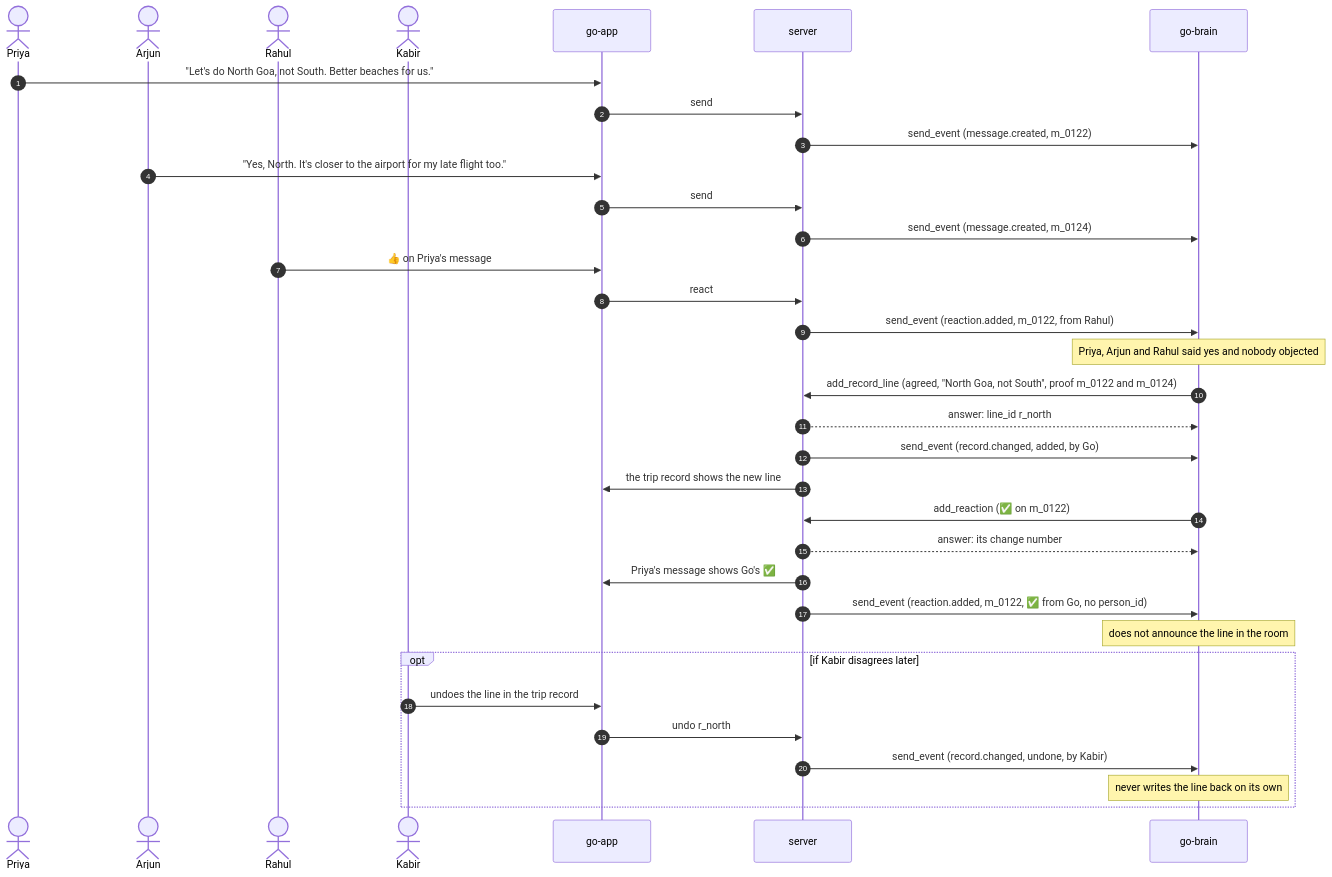
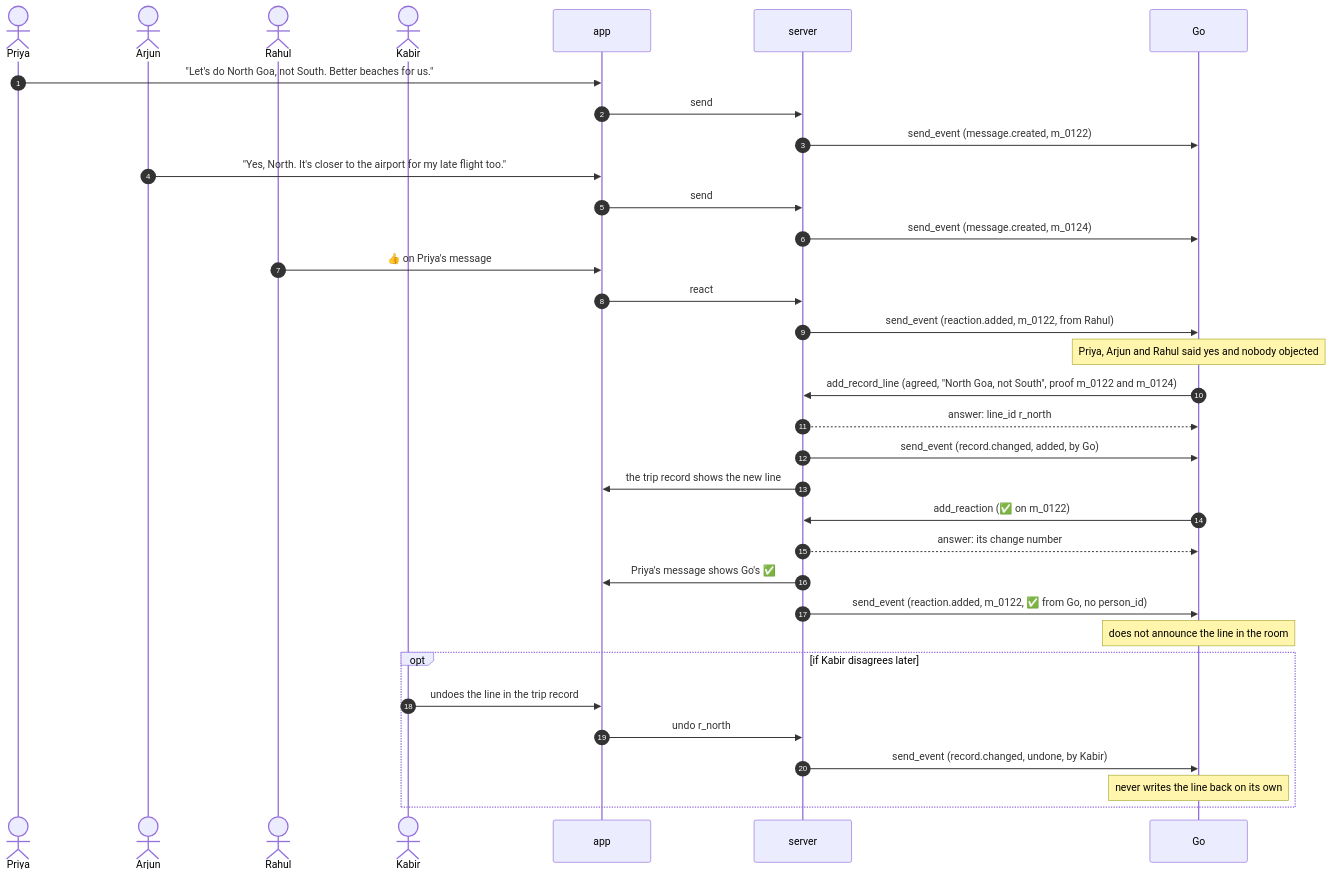
One commit to vestra-ai/go-brain changed the third of 8 diagrams in docs/guide/09-flows.md. Above: the diagram before and after it, drawn with Mermaid. The commit also changed other lines of this file and 37 other files, not shown here.

First line of the commit message:
docs: the three parts are the app, the server and Go; inside Go

````diff
--- a/docs/guide/09-flows.md
+++ b/docs/guide/09-flows.md
@@ -82,36 +82,36 @@
 ```mermaid
 sequenceDiagram
   autonumber
   actor Priya
   actor Arjun
   actor Rahul
   actor Kabir
-  participant app as go-app
+  participant app as app
   participant server as server
-  participant brain as go-brain
+  participant go as Go
   Priya->>app: "Let's do North Goa, not South. Better beaches for us."
   app->>server: send
-  server->>brain: send_event (message.created, m_0122)
+  server->>go: send_event (message.created, m_0122)
   Arjun->>app: "Yes, North. It's closer to the airport for my late flight too."
   app->>server: send
-  server->>brain: send_event (message.created, m_0124)
+  server->>go: send_event (message.created, m_0124)
   Rahul->>app: 👍 on Priya's message
   app->>server: react
-  server->>brain: send_event (reaction.added, m_0122, from Rahul)
-  Note over brain: Priya, Arjun and Rahul said yes and nobody objected
-  brain->>server: add_record_line (agreed, "North Goa, not South", proof m_0122 and m_0124)
-  server-->>brain: answer: line_id r_north
-  server->>brain: send_event (record.changed, added, by Go)
+  server->>go: send_event (reaction.added, m_0122, from Rahul)
+  Note over go: Priya, Arjun and Rahul said yes and nobody objected
+  go->>server: add_record_line (agreed, "North Goa, not South", proof m_0122 and m_0124)
+  server-->>go: answer: line_id r_north
+  server->>go: send_event (record.changed, added, by Go)
   server->>app: the trip record shows the new line
-  brain->>server: add_reaction (✅ on m_0122)
-  server-->>brain: answer: its change number
+  go->>server: add_reaction (✅ on m_0122)
+  server-->>go: answer: its change number
   server->>app: Priya's message shows Go's ✅
-  server->>brain: send_event (reaction.added, m_0122, ✅ from Go, no person_id)
-  Note over brain: does not announce the line in the room
+  server->>go: send_event (reaction.added, m_0122, ✅ from Go, no person_id)
+  Note over go: does not announce the line in the room
   opt if Kabir disagrees later
     Kabir->>app: undoes the line in the trip record
     app->>server: undo r_north
-    server->>brain: send_event (record.changed, undone, by Kabir)
-    Note over brain: never writes the line back on its own
+    server->>go: send_event (record.changed, undone, by Kabir)
+    Note over go: never writes the line back on its own
   end
 ```
````
